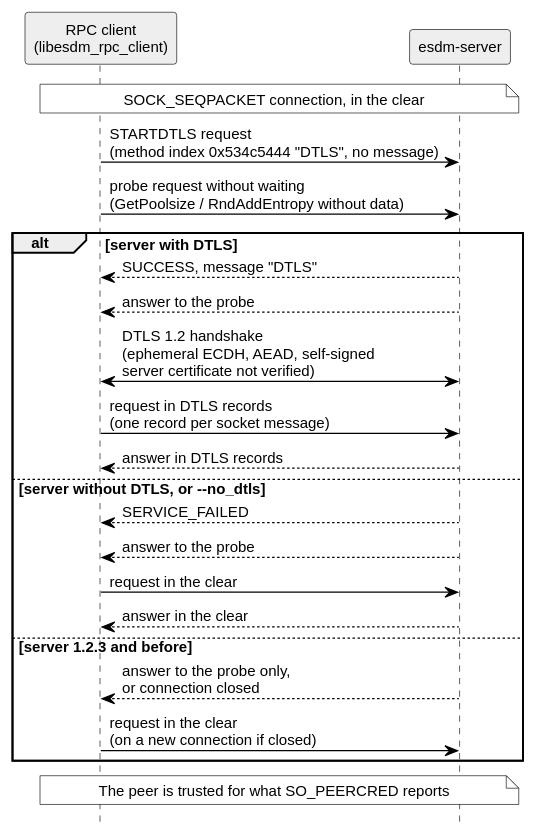
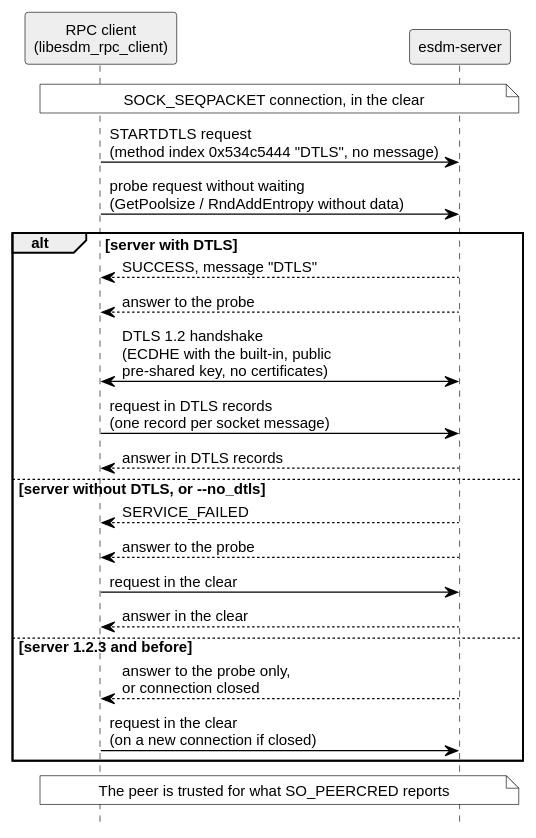
The diagram in doc/typst/figures/dtls-handshake.puml (thillux/esdm), drawn with PlantUML before and after one commit. The commit also changed 11 other files, not shown here.

```diff
--- a/doc/typst/figures/dtls-handshake.puml
+++ b/doc/typst/figures/dtls-handshake.puml
@@ -1,37 +1,37 @@
 @startuml
 ' Opportunistic DTLS of an RPC connection - see the STARTDTLS description in
 ' service-rpc/service/esdm_rpc_protocol.h and common/esdm_dtls.h
 skinparam defaultFontName "Liberation Sans"
 skinparam defaultFontSize 12
 skinparam shadowing false
 skinparam ArrowColor #000000
 skinparam SequenceLifeLineBorderColor #000000
 skinparam ParticipantBorderColor #000000
 skinparam ParticipantBackgroundColor #EEEEEE
 skinparam NoteBackgroundColor #FFFFFF
 skinparam NoteBorderColor #000000
 hide footbox
 
 participant "RPC client\n(libesdm_rpc_client)" as C
 participant "esdm-server" as S
 
 note over C, S: SOCK_SEQPACKET connection, in the clear
 C -> S: STARTDTLS request\n(method index 0x534c5444 "DTLS", no message)
 C -> S: probe request without waiting\n(GetPoolsize / RndAddEntropy without data)
 alt server with DTLS
   S --> C: SUCCESS, message "DTLS"
   S --> C: answer to the probe
-  C <-> S: DTLS 1.2 handshake\n(ephemeral ECDH, AEAD, self-signed\nserver certificate not verified)
+  C <-> S: DTLS 1.2 handshake\n(ECDHE with the built-in, public\npre-shared key, no certificates)
   C -> S: request in DTLS records\n(one record per socket message)
   S --> C: answer in DTLS records
 else server without DTLS, or --no_dtls
   S --> C: SERVICE_FAILED
   S --> C: answer to the probe
   C -> S: request in the clear
   S --> C: answer in the clear
 else server 1.2.3 and before
   S --> C: answer to the probe only,\nor connection closed
   C -> S: request in the clear\n(on a new connection if closed)
 end
 note over C, S: The peer is trusted for what SO_PEERCRED reports
 @enduml
```
